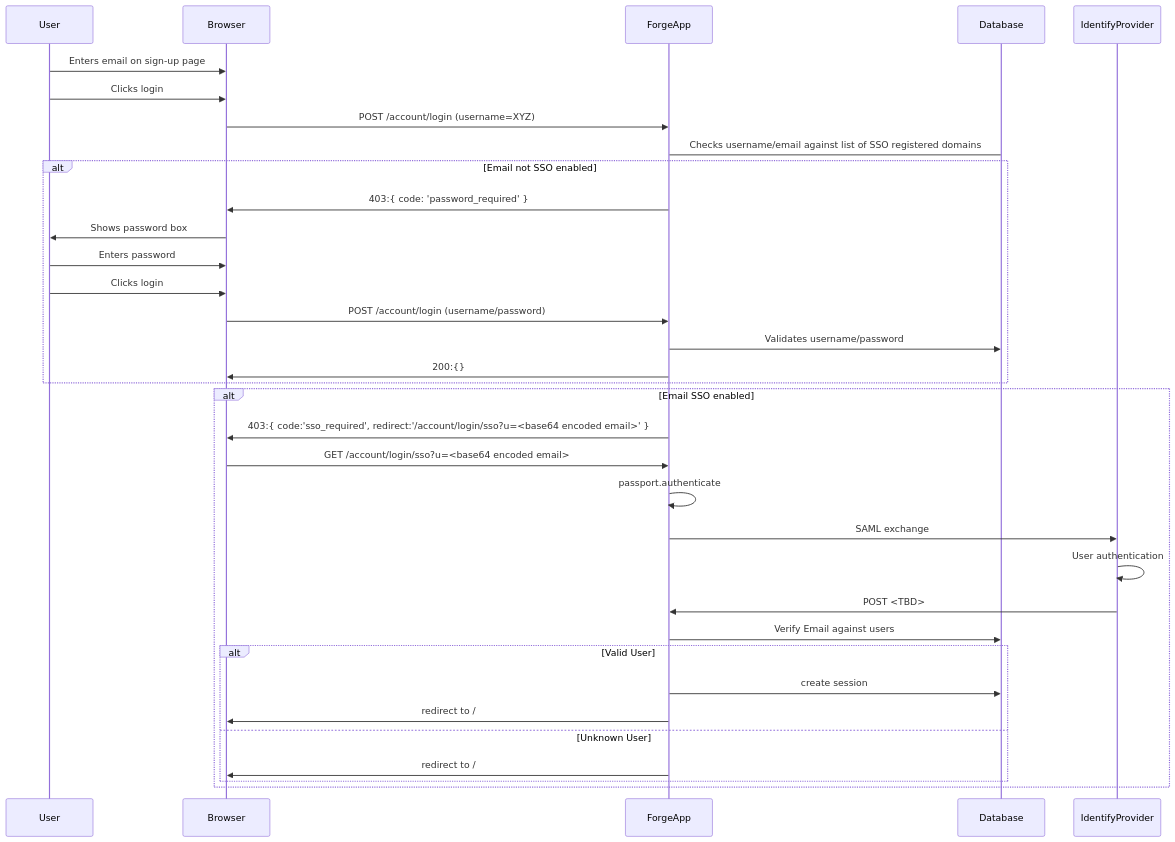
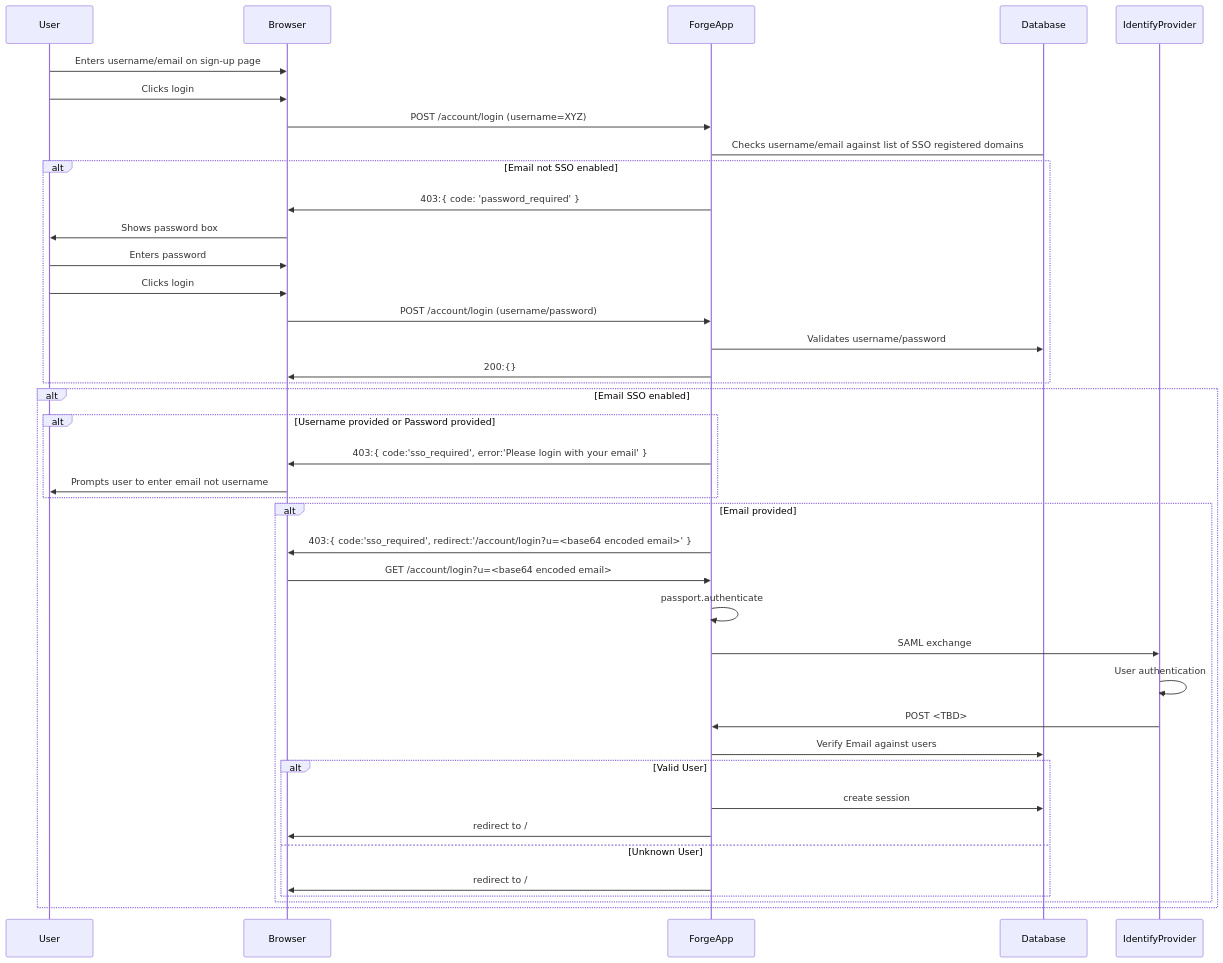
Before and after one commit to FlowFuse/flowfuse: the diagram in docs/contribute/workflows/login.md, drawn with Mermaid. The commit also changed 3 other files, not shown here.

Commit message:
Add sso_enabled flag to User model

````diff
--- a/docs/contribute/workflows/login.md
+++ b/docs/contribute/workflows/login.md
@@ -6,37 +6,43 @@
 ```mermaid
 sequenceDiagram
 participant U as User
 participant B as Browser
 participant RT as ForgeApp
 participant DB as Database
 participant IDP as IdentifyProvider
-U->>B: Enters email on sign-up page
+U->>B: Enters username/email on sign-up page
 U->>B: Clicks login
 B->>RT: POST /account/login (username=XYZ)
 RT->DB: Checks username/email against list of SSO registered domains
 alt Email not SSO enabled
     RT->>B: 403:{ code: 'password_required' }
     B->>U: Shows password box
     U->>B: Enters password
     U->>B: Clicks login
     B->>RT: POST /account/login (username/password)
     RT->>DB: Validates username/password
     RT->>B: 200:{}
 end
 
 alt Email SSO enabled
-    RT->>B: 403:{ code:'sso_required', redirect:'/account/login/sso?u=<base64 encoded email>' }
-    B->>RT: GET /account/login/sso?u=<base64 encoded email>
-    RT->>RT: passport.authenticate
-    RT->>IDP: SAML exchange
-    IDP->>IDP: User authentication
-    IDP->>RT: POST <TBD>
-    RT->>DB: Verify Email against users
-    alt Valid User
-    RT->>DB: create session
-    RT->>B: redirect to /
-    else Unknown User
-    RT->>B: redirect to /
+    alt Username provided or Password provided
+        RT->>B: 403:{ code:'sso_required', error:'Please login with your email' }
+        B->>U: Prompts user to enter email not username
+    end
+    alt Email provided
+        RT->>B: 403:{ code:'sso_required', redirect:'/account/login?u=<base64 encoded email>' }
+        B->>RT: GET /account/login?u=<base64 encoded email>
+        RT->>RT: passport.authenticate
+        RT->>IDP: SAML exchange
+        IDP->>IDP: User authentication
+        IDP->>RT: POST <TBD>
+        RT->>DB: Verify Email against users
+        alt Valid User
+            RT->>DB: create session
+            RT->>B: redirect to /
+            else Unknown User
+            RT->>B: redirect to /
+        end
     end
 end
 ```
````
